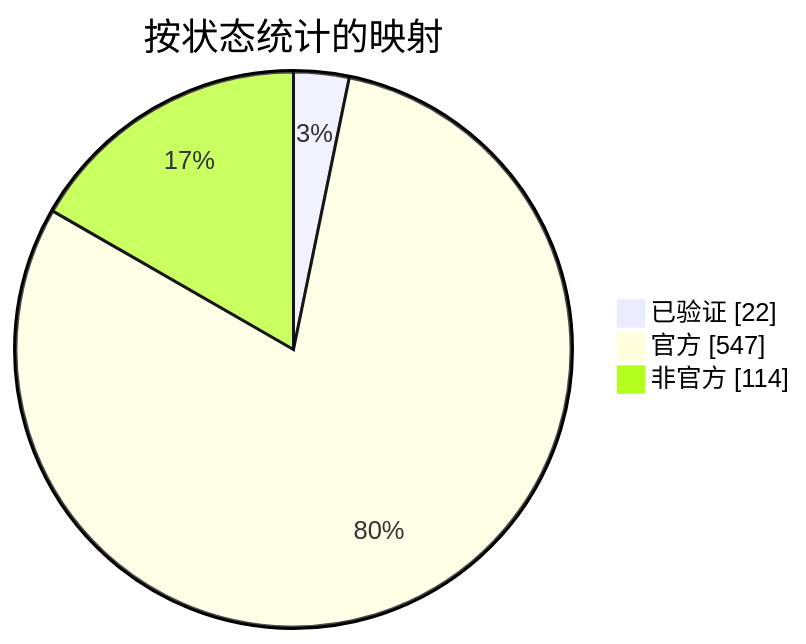
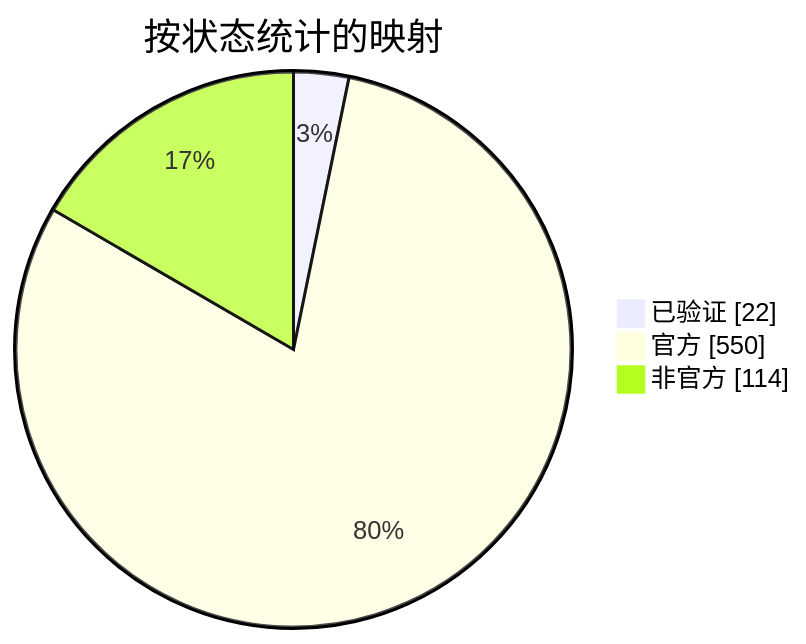
Before and after one commit to nobrega8/mbmap-library: the diagram in docs/readme/README_ZHS.md, drawn with Mermaid. The commit also changed 8 other files, not shown here.

````diff
--- a/docs/readme/README_ZHS.md
+++ b/docs/readme/README_ZHS.md
@@ -54,7 +54,7 @@
 ```mermaid
 pie showData
     title 按状态统计的映射
     "已验证" : 22
-    "官方" : 547
+    "官方" : 550
     "非官方" : 114
 ```
````
